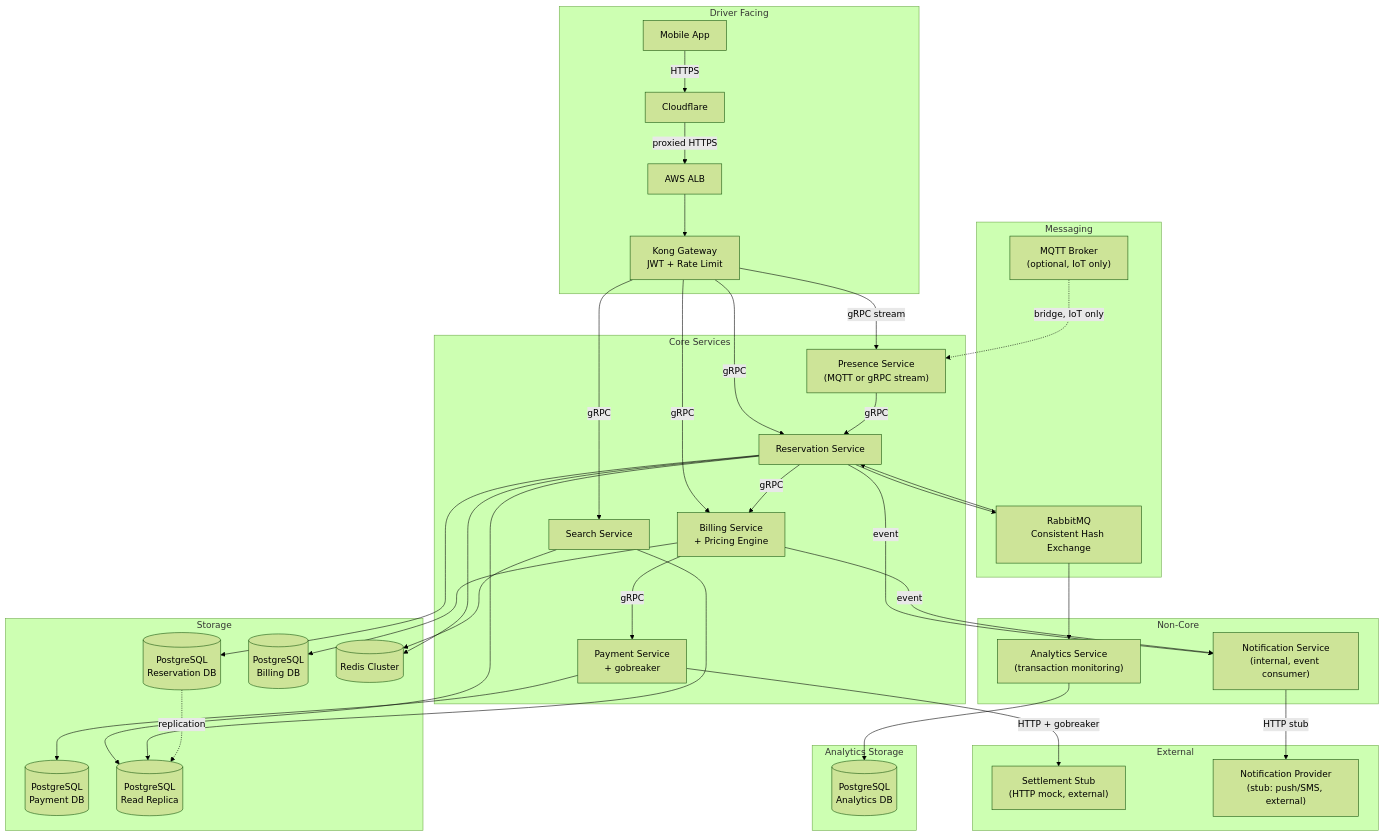
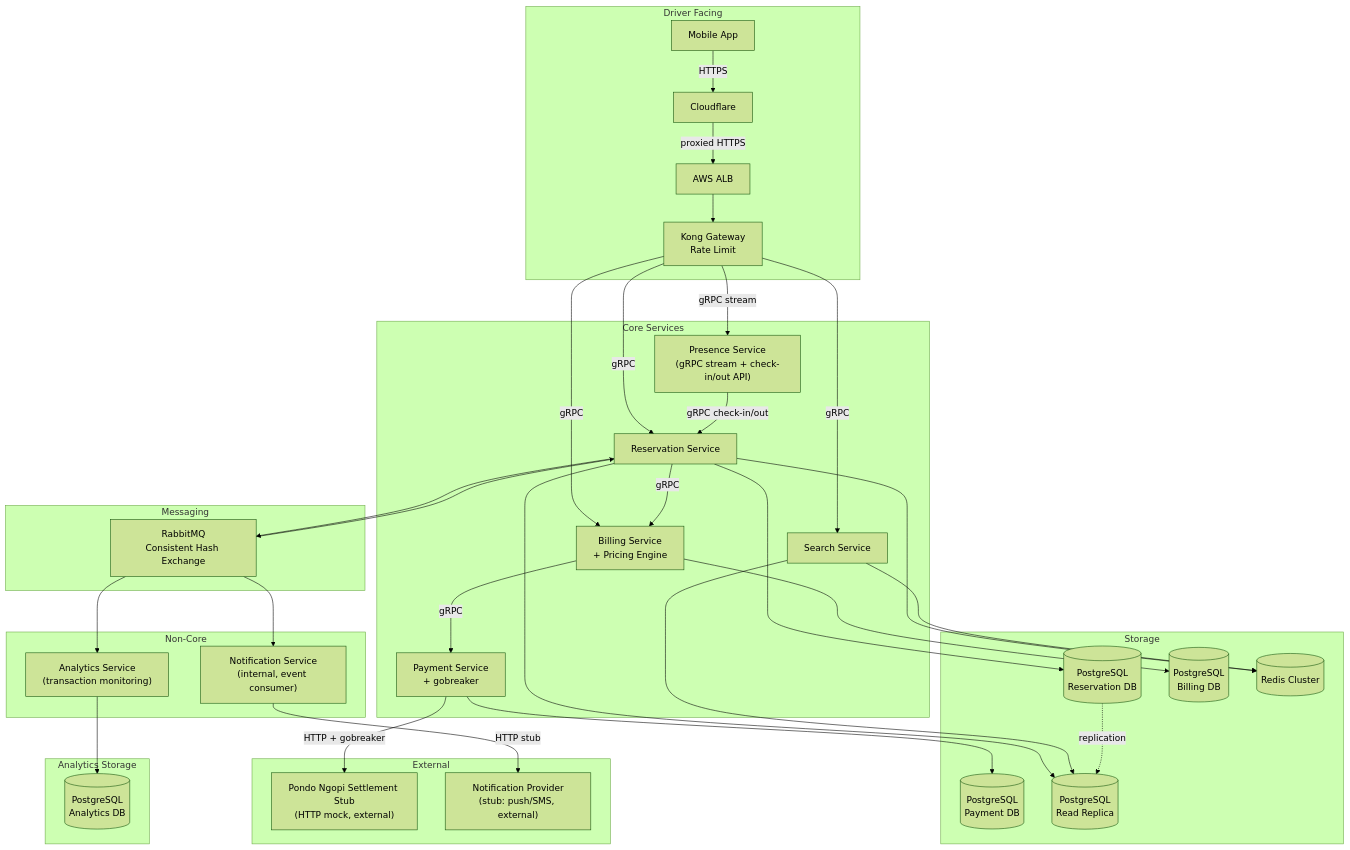
Diagram 19 of 23 in README.md (ParkirPintar/parkir-pintar-backend), drawn with Mermaid (forest theme) before and after one commit. The commit also changed other lines of this file and 42 other files, not shown here.

````diff
--- a/README.md
+++ b/README.md
@@ -1330,76 +1300,73 @@
 ```mermaid
 graph TD
     subgraph Driver Facing
         APP["Mobile App"]
         CF["Cloudflare"]
         ALB["AWS ALB"]
-        KONG["Kong Gateway\nJWT + Rate Limit"]
+        KONG["Kong Gateway\nRate Limit"]
     end
 
     subgraph Core Services
         SEARCH["Search Service"]
         RESERVATION["Reservation Service"]
         BILLING["Billing Service\n+ Pricing Engine"]
         PAYMENT["Payment Service\n+ gobreaker"]
-        PRESENCE["Presence Service\n(MQTT or gRPC stream)"]
+        PRESENCE["Presence Service\n(gRPC stream + check-in/out API)"]
     end
 
     subgraph Non-Core
         NOTIF["Notification Service\n(internal, event consumer)"]
         ANALYTICS["Analytics Service\n(transaction monitoring)"]
     end
 
     subgraph External
-        SETTLEMENT["Settlement Stub\n(HTTP mock, external)"]
+        SETTLEMENT["Pondo Ngopi Settlement Stub\n(HTTP mock, external)"]
         NOTIF_PROVIDER["Notification Provider\n(stub: push/SMS, external)"]
     end
 
     subgraph Analytics Storage
         PG_AN[("PostgreSQL\nAnalytics DB")]
     end
 
     subgraph Messaging
         RMQ["RabbitMQ\nConsistent Hash Exchange"]
-        MQTT["MQTT Broker\n(optional, IoT only)"]
     end
 
     subgraph Storage
         PG_RES[("PostgreSQL\nReservation DB")]
         PG_BIL[("PostgreSQL\nBilling DB")]
         PG_PAY[("PostgreSQL\nPayment DB")]
         PG_R[("PostgreSQL\nRead Replica")]
         REDIS[("Redis Cluster")]
     end
 
     APP -->|HTTPS| CF
     CF -->|proxied HTTPS| ALB
     ALB --> KONG
     KONG -->|gRPC| SEARCH
     KONG -->|gRPC| RESERVATION
     KONG -->|gRPC| BILLING
     KONG -->|gRPC stream| PRESENCE
 
     RESERVATION --> RMQ
     RMQ --> RESERVATION
     RESERVATION -->|gRPC| BILLING
     BILLING -->|gRPC| PAYMENT
-    PRESENCE -->|gRPC| RESERVATION
-    MQTT -.->|bridge, IoT only| PRESENCE
+    PRESENCE -->|gRPC check-in/out| RESERVATION
 
     RESERVATION --> REDIS
     RESERVATION --> PG_RES
     RESERVATION --> PG_R
     BILLING --> PG_BIL
     PAYMENT --> PG_PAY
     SEARCH --> REDIS
     SEARCH --> PG_R
 
     PG_RES -.->|replication| PG_R
 
-    RESERVATION -->|event| NOTIF
-    BILLING -->|event| NOTIF
+    RMQ --> NOTIF
+    RMQ --> ANALYTICS
     PAYMENT -->|HTTP + gobreaker| SETTLEMENT
     NOTIF -->|HTTP stub| NOTIF_PROVIDER
-    RMQ --> ANALYTICS
     ANALYTICS --> PG_AN
 ```
````
